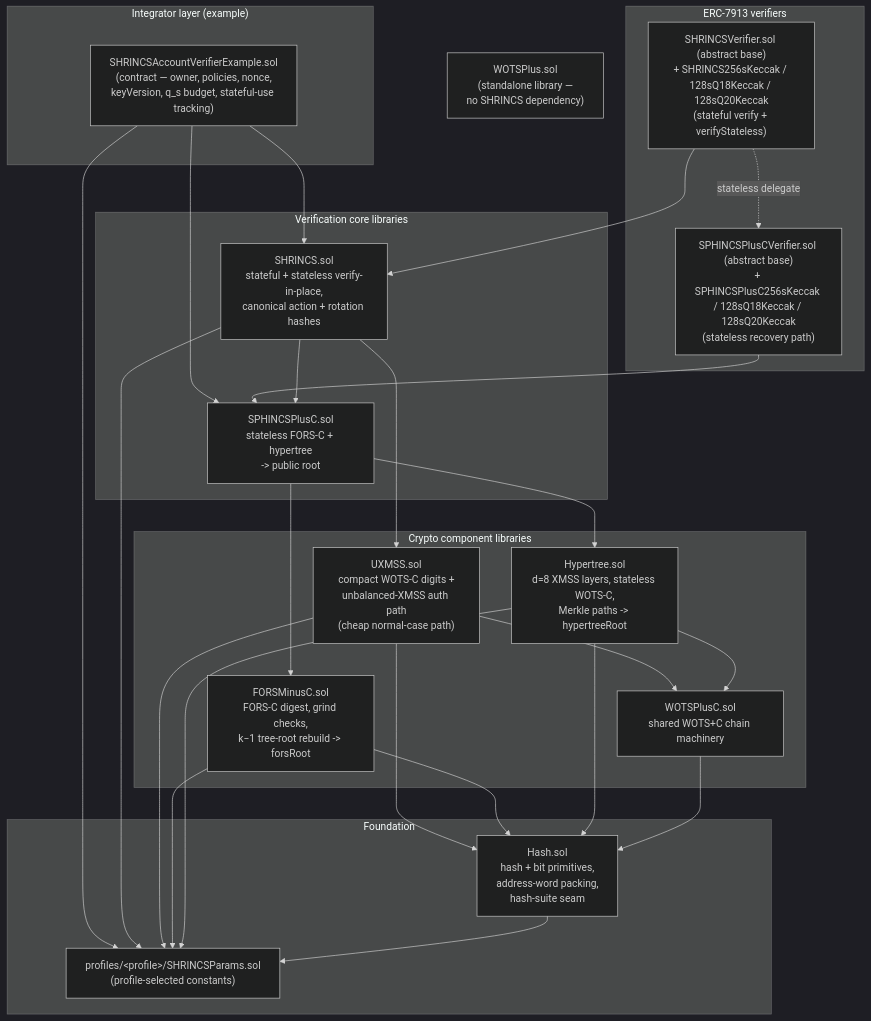
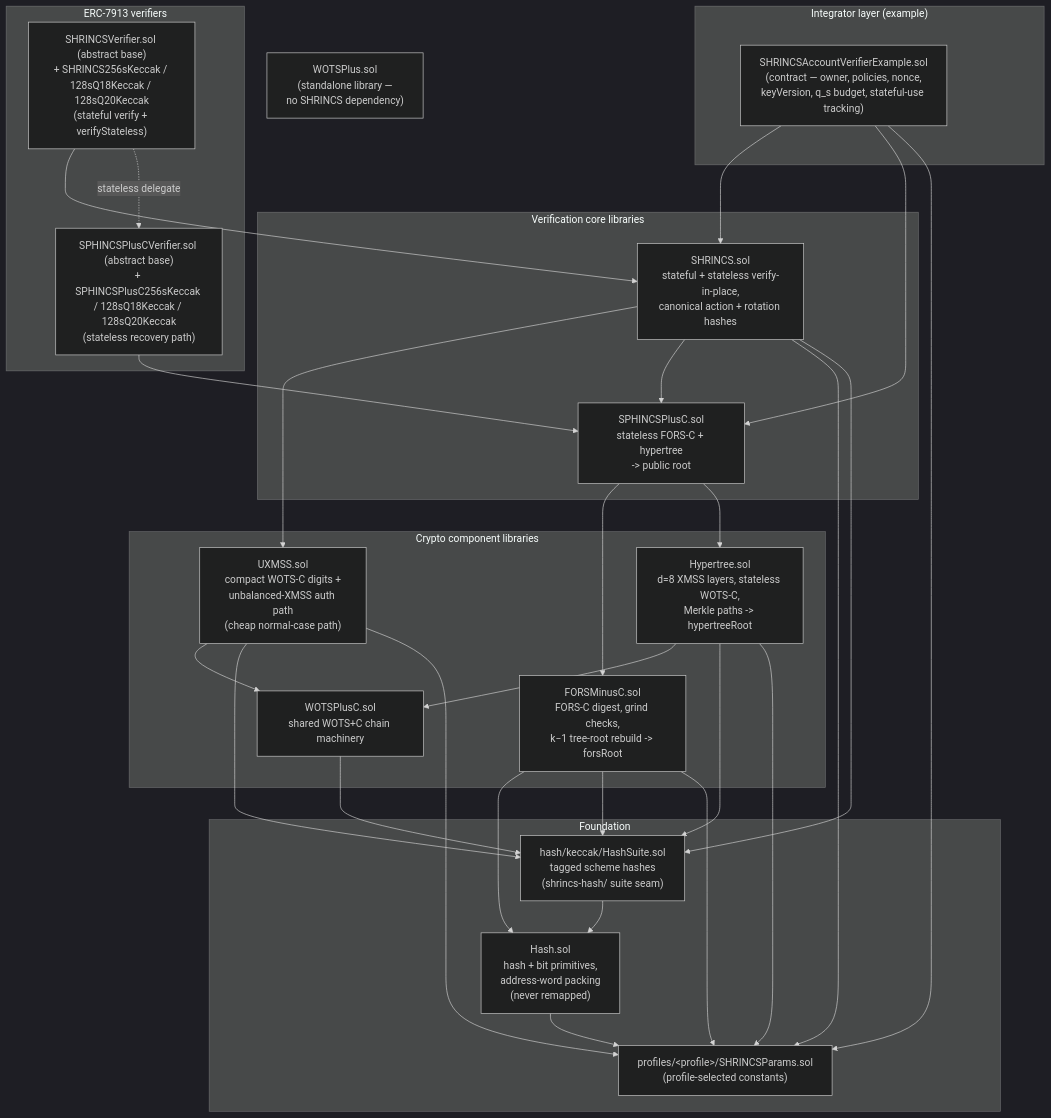
Before and after one commit to QuipNetwork/hashsigs-solidity: the first of 2 diagrams in README.md, drawn with Mermaid (dark theme). The commit also changed other lines of this file and 2 other files, not shown here.

Commit message:
Point docs at the HashSuite seam and fix SHRINCS.sol order prose

````diff
--- a/README.md
+++ b/README.md
@@ -144,52 +149,56 @@
 ```mermaid
 graph TD
     subgraph "Integrator layer (example)"
         EX["SHRINCSAccountVerifierExample.sol<br/>(contract — owner, policies, nonce,<br/>keyVersion, q_s budget, stateful-use tracking)"]
     end
 
     subgraph "ERC-7913 verifiers"
         VF["SHRINCSVerifier.sol (abstract base)<br/>+ SHRINCS256sKeccak / 128sQ18Keccak / 128sQ20Keccak<br/>(stateful verify + verifyStateless)"]
         SP["SPHINCSPlusCVerifier.sol (abstract base)<br/>+ SPHINCSPlusC256sKeccak / 128sQ18Keccak / 128sQ20Keccak<br/>(stateless recovery path)"]
     end
 
     subgraph "Verification core libraries"
         FA["SHRINCS.sol<br/>stateful + stateless verify-in-place,<br/>canonical action + rotation hashes"]
         SC["SPHINCSPlusC.sol<br/>stateless FORS-C + hypertree<br/>-> public root"]
     end
 
     subgraph "Crypto component libraries"
         ST["UXMSS.sol<br/>compact WOTS-C digits +<br/>unbalanced-XMSS auth path<br/>(cheap normal-case path)"]
         FO["FORSMinusC.sol<br/>FORS-C digest, grind checks,<br/>k−1 tree-root rebuild -> forsRoot"]
         HY["Hypertree.sol<br/>d=8 XMSS layers, stateless WOTS-C,<br/>Merkle paths -> hypertreeRoot"]
         WC["WOTSPlusC.sol<br/>shared WOTS+C chain machinery"]
     end
 
     subgraph "Foundation"
-        HH["Hash.sol<br/>hash + bit primitives,<br/>address-word packing,<br/>hash-suite seam"]
+        HS["hash/keccak/HashSuite.sol<br/>tagged scheme hashes<br/>(shrincs-hash/ suite seam)"]
+        HH["Hash.sol<br/>hash + bit primitives,<br/>address-word packing<br/>(never remapped)"]
         PA["profiles/&lt;profile&gt;/SHRINCSParams.sol<br/>(profile-selected constants)"]
     end
 
     WP["WOTSPlus.sol<br/>(standalone library —<br/>no SHRINCS dependency)"]
 
     EX --> FA
     EX --> SC
     EX --> PA
     VF --> FA
     VF -. stateless delegate .-> SP
     SP --> SC
     FA --> ST
     FA --> SC
     FA --> PA
+    FA --> HS
     SC --> FO
     SC --> HY
     ST --> WC
-    ST --> HH
+    ST --> HS
     ST --> PA
     FO --> HH
+    FO --> HS
     FO --> PA
     HY --> WC
-    HY --> HH
+    HY --> HS
     HY --> PA
-    WC --> HH
+    WC --> HS
+    HS --> HH
     HH --> PA
 ```
````
